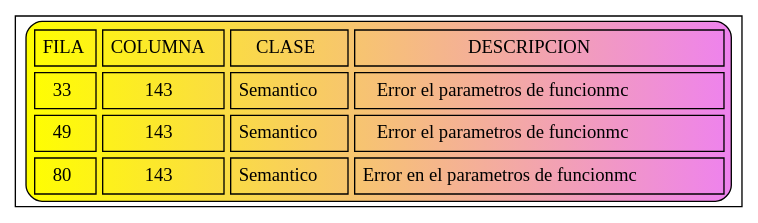
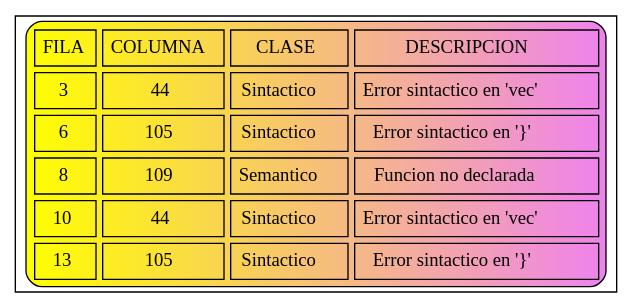
One commit to JoseMore99/OLC2_P1_201701015 changed the diagram in Errores.dot. Above: the diagram before and after it, drawn with Graphviz. The commit also changed 13 other files, not shown here.

```diff
--- a/Errores.dot
+++ b/Errores.dot
@@ -1,9 +1,11 @@
 digraph G{
 node [shape=record];
 a0 [label=<<TABLE border="1" cellspacing="5" cellpadding="5" style="rounded" bgcolor="yellow:violet">
 "<TR><TD>FILA</TD><TD>COLUMNA</TD><TD>CLASE</TD><TD>DESCRIPCION</TD></TR>
-<TR><TD>33</TD><TD>143</TD><TD>Semantico</TD><TD>Error el parametros de funcionmc</TD></TR>
-<TR><TD>49</TD><TD>143</TD><TD>Semantico</TD><TD>Error el parametros de funcionmc</TD></TR>
-<TR><TD>80</TD><TD>143</TD><TD>Semantico</TD><TD>Error en el parametros de funcionmc</TD></TR>
+<TR><TD>3</TD><TD>44</TD><TD>Sintactico</TD><TD>Error sintactico en 'vec'</TD></TR>
+<TR><TD>6</TD><TD>105</TD><TD>Sintactico</TD><TD>Error sintactico en '\}'</TD></TR>
+<TR><TD>8</TD><TD>109</TD><TD>Semantico</TD><TD>Funcion no declarada</TD></TR>
+<TR><TD>10</TD><TD>44</TD><TD>Sintactico</TD><TD>Error sintactico en 'vec'</TD></TR>
+<TR><TD>13</TD><TD>105</TD><TD>Sintactico</TD><TD>Error sintactico en '\}'</TD></TR>
 </TABLE>>];
 }
```
